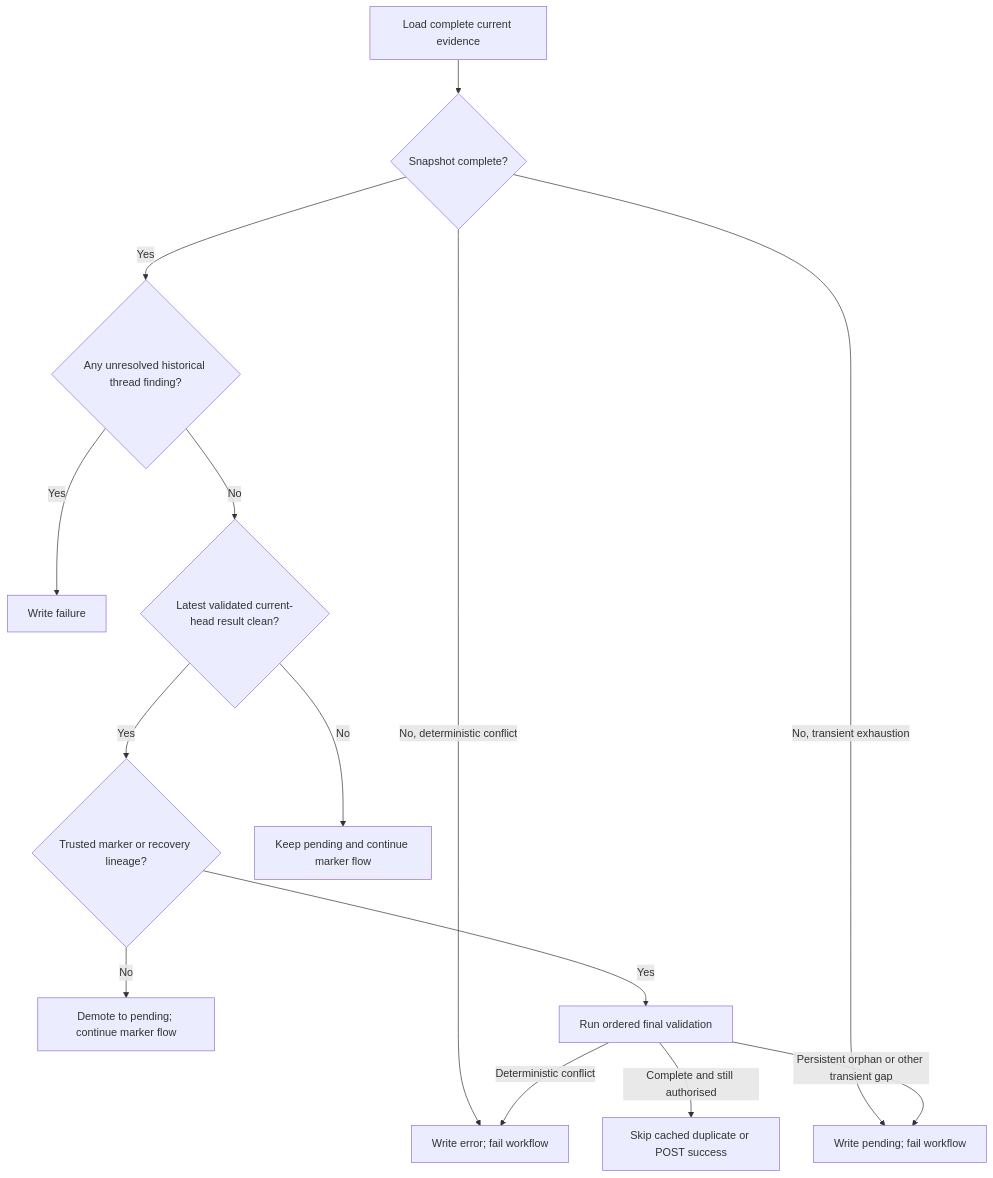
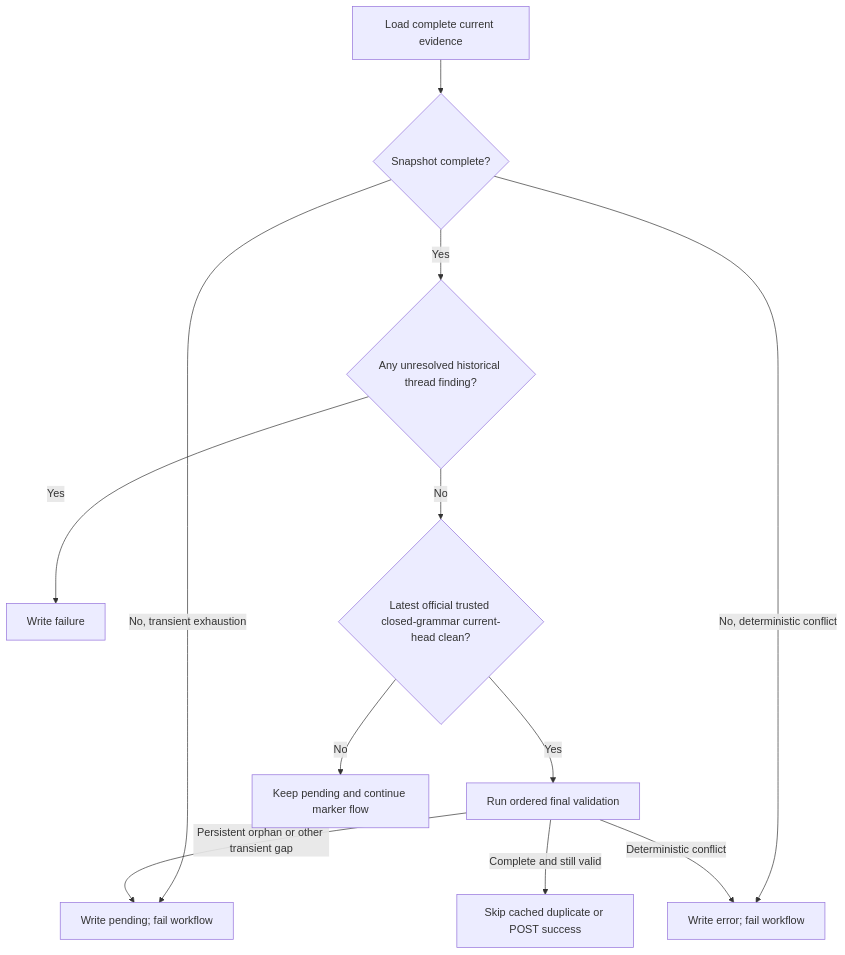
One commit to Joey-Tools/codex-review-gate changed the second of 3 diagrams in packages/action/DESIGN.md. Above: the diagram before and after it, drawn with Mermaid. The commit also changed other lines of this file and 13 other files, not shown here.

First line of the commit message:
fix: trust current-head Codex clean evidence (#26)

````diff
--- a/packages/action/DESIGN.md
+++ b/packages/action/DESIGN.md
@@ -419,16 +375,14 @@
 ```mermaid
 flowchart TD
   load["Load complete current evidence"] --> complete{"Snapshot complete?"}
   complete -->|No, transient exhaustion| pendingError["Write pending; fail workflow"]
   complete -->|No, deterministic conflict| hardError["Write error; fail workflow"]
   complete -->|Yes| threads{"Any unresolved historical thread finding?"}
   threads -->|Yes| failed["Write failure"]
-  threads -->|No| clean{"Latest validated current-head result clean?"}
-  clean -->|Yes| authorised{"Trusted marker or recovery lineage?"}
-  authorised -->|No| demoted["Demote to pending; continue marker flow"]
-  authorised -->|Yes| final["Run ordered final validation"]
-  final -->|Complete and still authorised| passed["Skip cached duplicate or POST success"]
+  threads -->|No| clean{"Latest official trusted closed-grammar current-head clean?"}
+  clean -->|Yes| final["Run ordered final validation"]
+  final -->|Complete and still valid| passed["Skip cached duplicate or POST success"]
   final -->|Persistent orphan or other transient gap| pendingError
   final -->|Deterministic conflict| hardError
   clean -->|No| pending["Keep pending and continue marker flow"]
 ```
````
